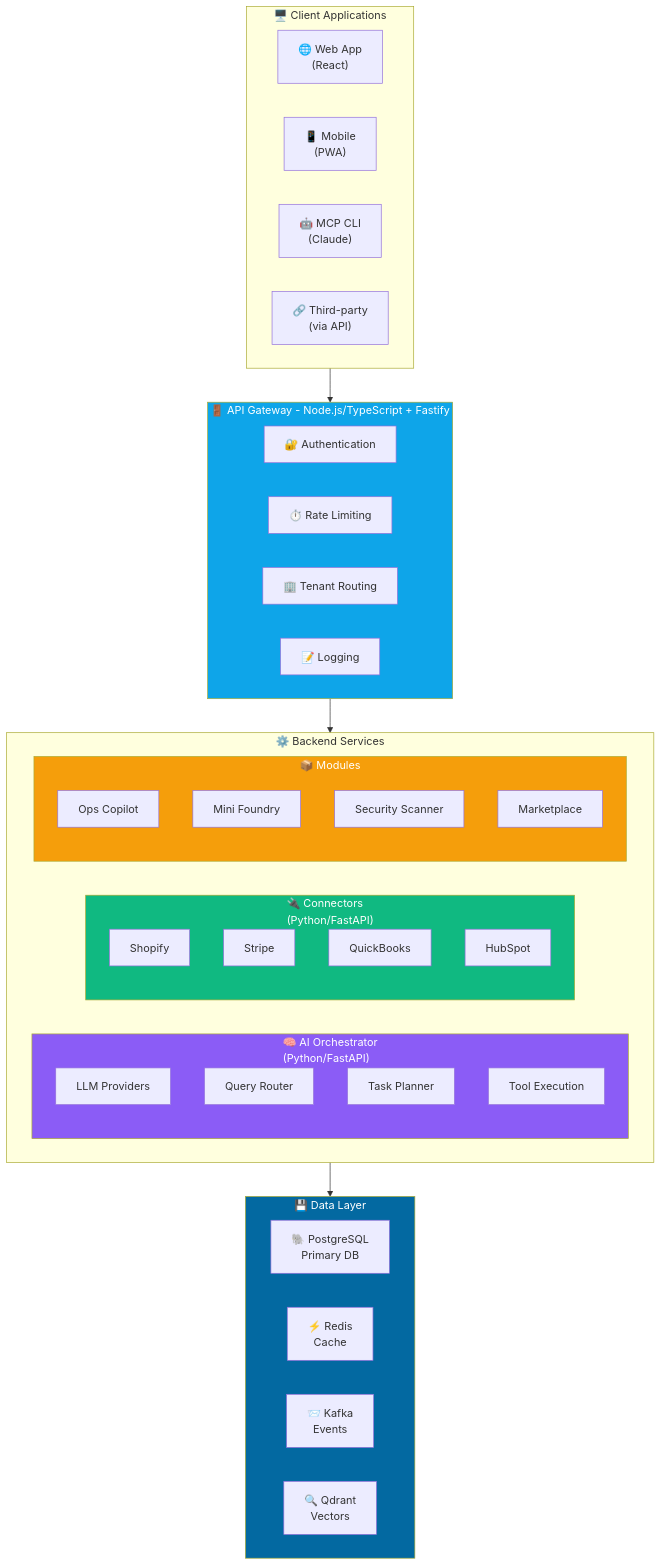
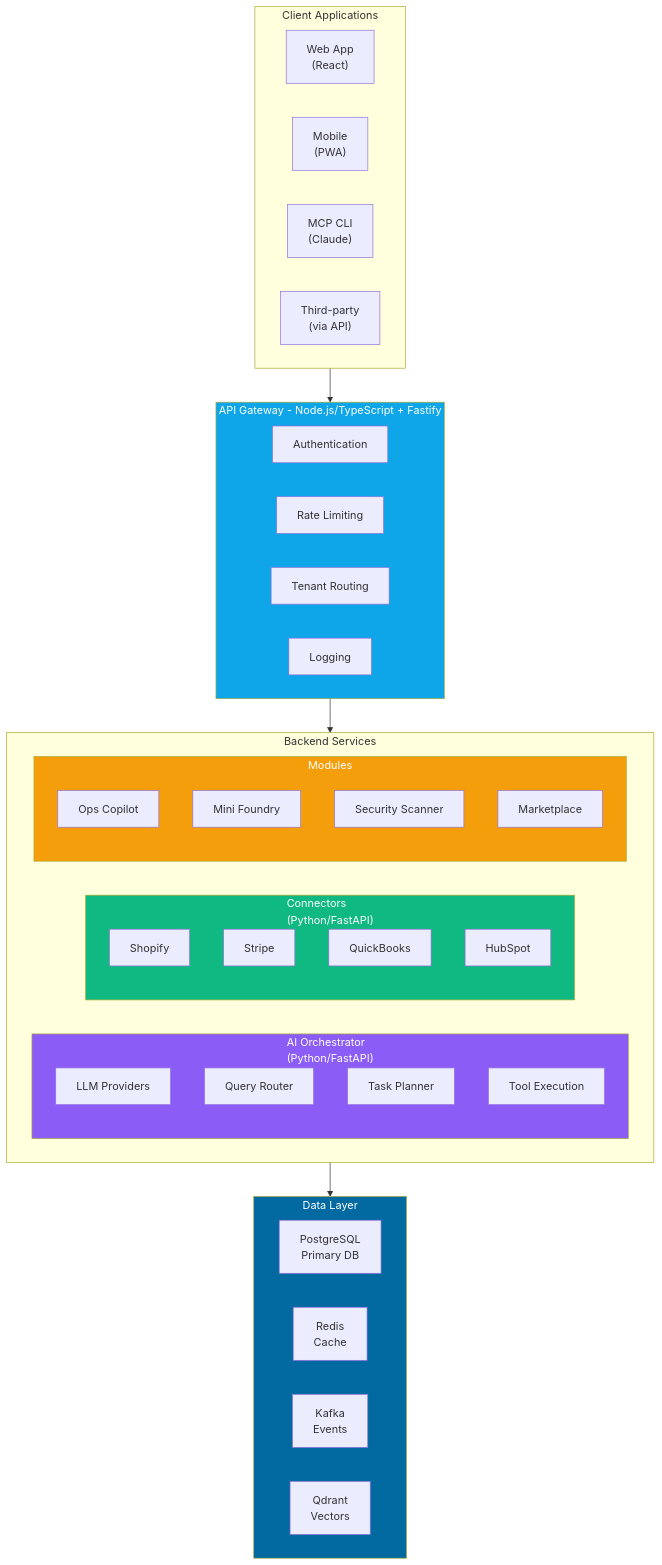
One commit to k5tuck/binelekv2-docs changed the diagram in docs-site/docs/developers/architecture.md. Above: the diagram before and after it, drawn with Mermaid. The commit also changed 3 other files, not shown here.

````diff
--- a/docs-site/docs/developers/architecture.md
+++ b/docs-site/docs/developers/architecture.md
@@ -11,60 +11,60 @@
 ```mermaid
 flowchart TB
-    subgraph Clients["🖥️ Client Applications"]
+    subgraph Clients["Client Applications"]
         direction LR
-        WEB["🌐 Web App<br/>(React)"]
-        MOBILE["📱 Mobile<br/>(PWA)"]
-        MCPCLI["🤖 MCP CLI<br/>(Claude)"]
-        THIRD["🔗 Third-party<br/>(via API)"]
+        WEB["Web App<br/>(React)"]
+        MOBILE["Mobile<br/>(PWA)"]
+        MCPCLI["MCP CLI<br/>(Claude)"]
+        THIRD["Third-party<br/>(via API)"]
     end
 
-    subgraph Gateway["🚪 API Gateway - Node.js/TypeScript + Fastify"]
+    subgraph Gateway["API Gateway - Node.js/TypeScript + Fastify"]
         direction LR
-        AUTH["🔐 Authentication"]
-        RATE["⏱️ Rate Limiting"]
-        TENANT["🏢 Tenant Routing"]
-        LOG["📝 Logging"]
+        AUTH["Authentication"]
+        RATE["Rate Limiting"]
+        TENANT["Tenant Routing"]
+        LOG["Logging"]
     end
 
-    subgraph Services["⚙️ Backend Services"]
+    subgraph Services["Backend Services"]
         direction LR
-        subgraph AI["🧠 AI Orchestrator<br/>(Python/FastAPI)"]
+        subgraph AI["AI Orchestrator<br/>(Python/FastAPI)"]
             LLM["LLM Providers"]
             ROUTER["Query Router"]
             PLANNER["Task Planner"]
             EXEC["Tool Execution"]
         end
 
-        subgraph CONN["🔌 Connectors<br/>(Python/FastAPI)"]
+        subgraph CONN["Connectors<br/>(Python/FastAPI)"]
             SHOP["Shopify"]
             STRIPE["Stripe"]
             QB["QuickBooks"]
             HUB["HubSpot"]
         end
 
-        subgraph MODULES["📦 Modules"]
+        subgraph MODULES["Modules"]
             OPS["Ops Copilot"]
             MINI["Mini Foundry"]
             SEC["Security Scanner"]
             MARKET["Marketplace"]
         end
     end
 
-    subgraph Data["💾 Data Layer"]
+    subgraph Data["Data Layer"]
         direction LR
-        PG["🐘 PostgreSQL<br/>Primary DB"]
-        REDIS["⚡ Redis<br/>Cache"]
-        KAFKA["📨 Kafka<br/>Events"]
-        QDRANT["🔍 Qdrant<br/>Vectors"]
+        PG["PostgreSQL<br/>Primary DB"]
+        REDIS["Redis<br/>Cache"]
+        KAFKA["Kafka<br/>Events"]
+        QDRANT["Qdrant<br/>Vectors"]
     end
 
     Clients --> Gateway
     Gateway --> Services
     Services --> Data
 
     style Gateway fill:#0ea5e9,color:#fff
     style AI fill:#8b5cf6,color:#fff
     style CONN fill:#10b981,color:#fff
     style MODULES fill:#f59e0b,color:#fff
     style Data fill:#0369a1,color:#fff
 ```
````
